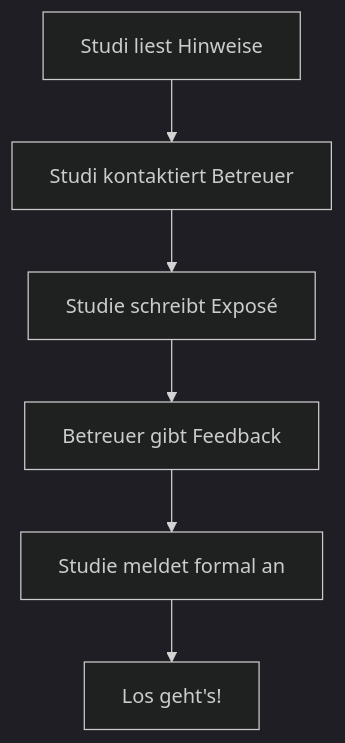
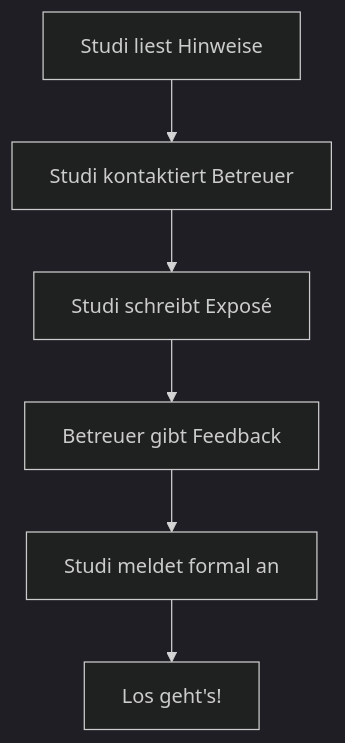
Before and after one commit to sebastiansauer/Hinweise: the diagram in Hinweise-Thesis.qmd, drawn with Mermaid (dark theme). The commit also changed other lines of this file and 1 other file, not shown here.

````diff
--- a/Hinweise-Thesis.qmd
+++ b/Hinweise-Thesis.qmd
@@ -54,12 +54,12 @@
 ```{mermaid}
 %%| fig-cap: Ablauf der Anmeldung zur Thesis
 %%| label: fig-anmeldung
 flowchart TD
   A[Studi liest Hinweise]
   B[Studi kontaktiert Betreuer]
-  C[Studie schreibt Exposé]
+  C[Studi schreibt Exposé]
   D[Betreuer gibt Feedback]
-  E[Studie meldet formal an]
+  E[Studi meldet formal an]
   F[Los geht's!]
   A-->B-->C-->D-->E-->F
 ```
````
